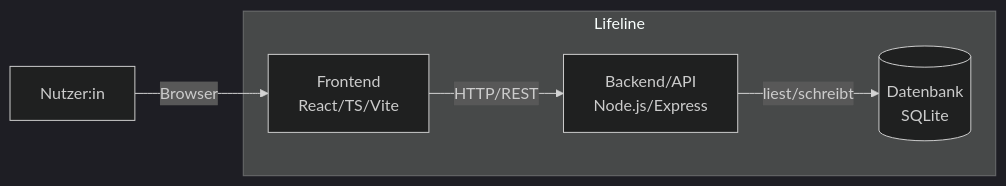
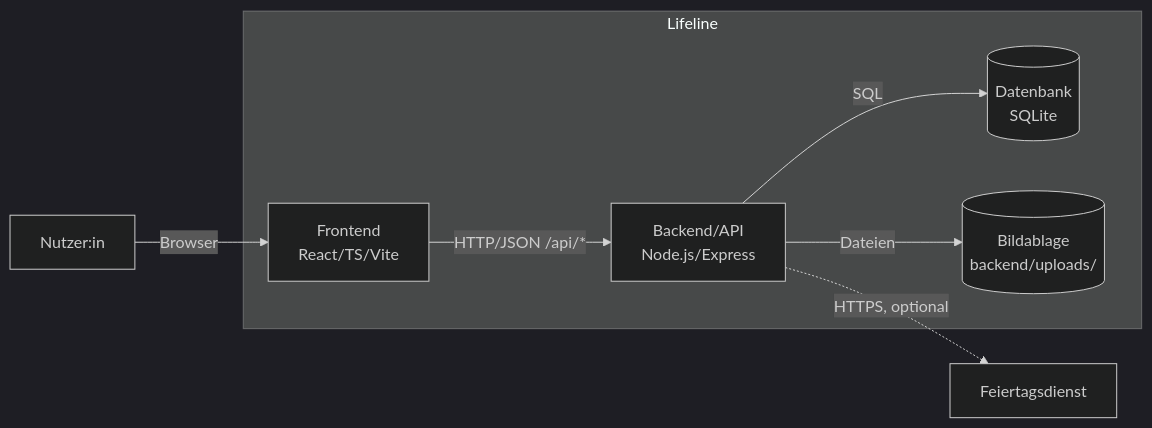
Before and after one commit to ksukh-ux/lifeline-project: the first of 3 diagrams in docs/arch/A05-Bausteinansicht.md, drawn with Mermaid (dark theme). The commit also changed other lines of this file, not shown here.

````diff
--- a/docs/arch/A05-Bausteinansicht.md
+++ b/docs/arch/A05-Bausteinansicht.md
@@ -5,11 +5,14 @@
 ```mermaid
 flowchart LR
+    N[Nutzer:in] -->|Browser| F
     subgraph Lifeline
         F[Frontend<br/>React/TS/Vite]
         B[Backend/API<br/>Node.js/Express]
         D[(Datenbank<br/>SQLite)]
-        F -->|HTTP/REST| B
-        B -->|liest/schreibt| D
+        U[(Bildablage<br/>backend/uploads/)]
+        F -->|HTTP/JSON /api/*| B
+        B -->|SQL| D
+        B -->|Dateien| U
     end
-    N[Nutzer:in] -->|Browser| F
+    B -.->|HTTPS, optional| H[Feiertagsdienst]
 ```
````
